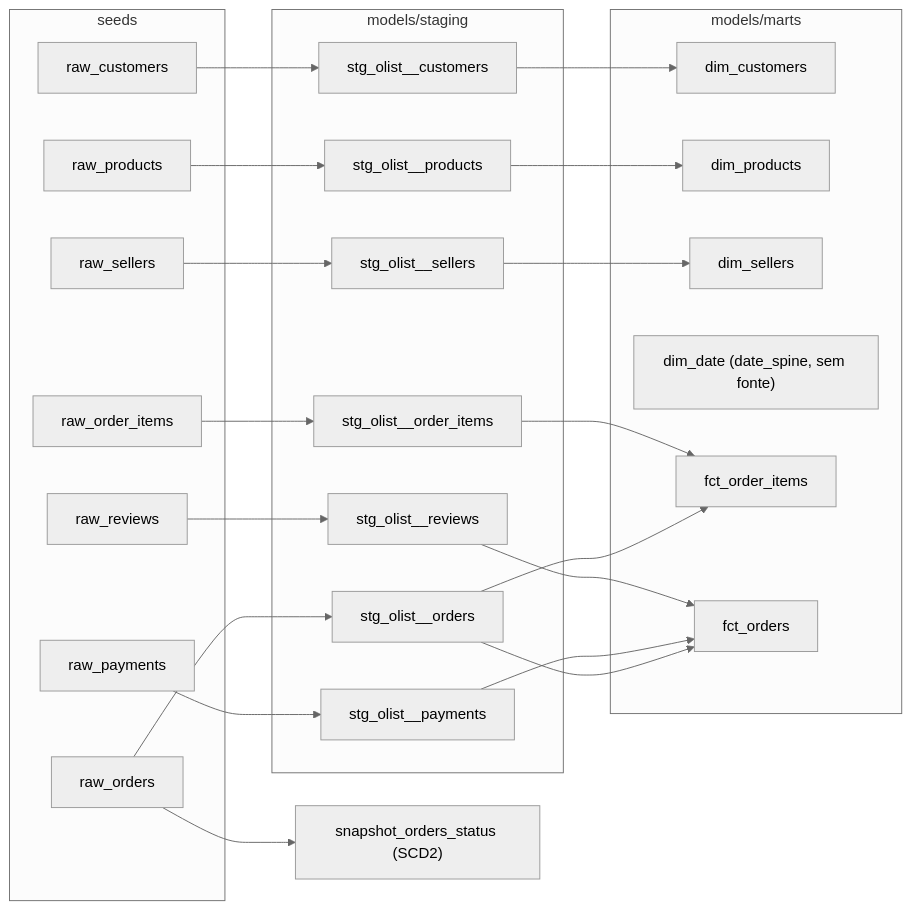
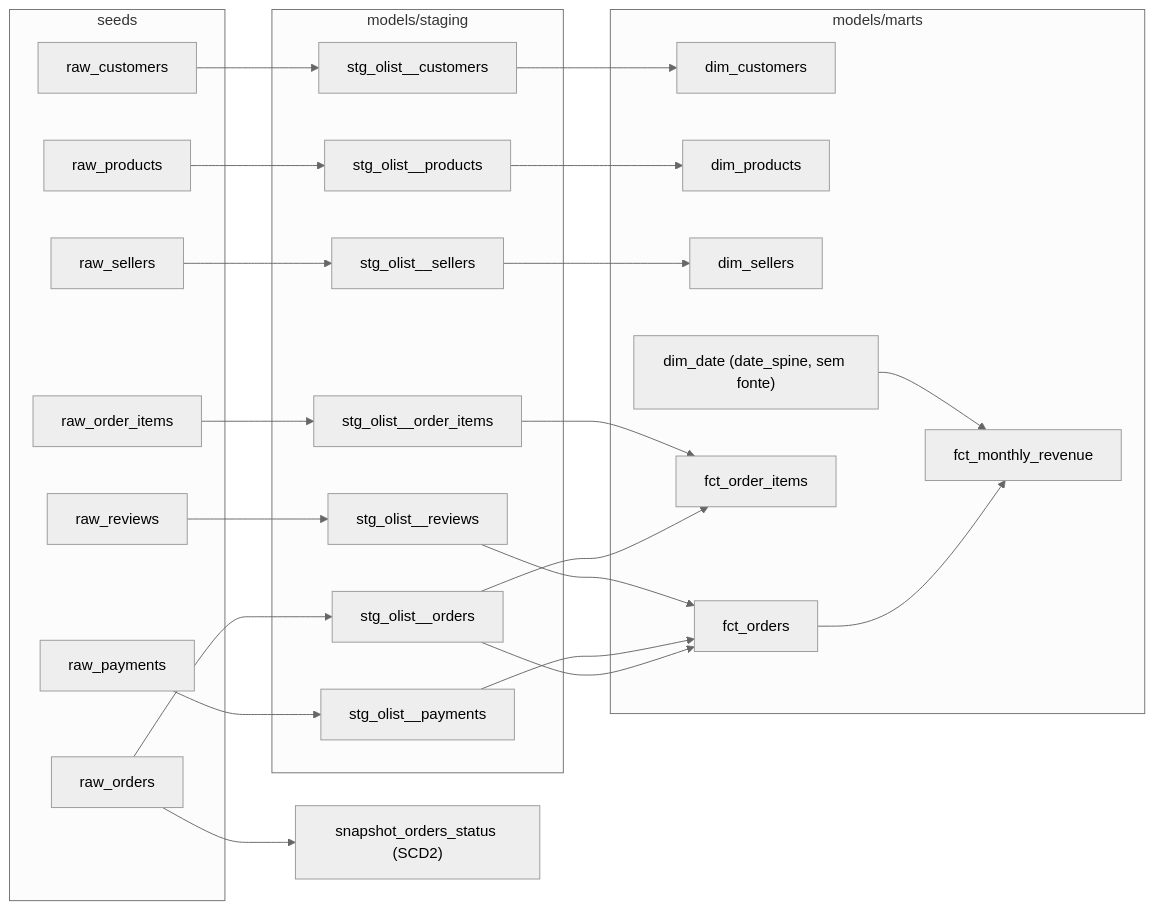
Before and after one commit to VinnySou/dbt-olist-analytics: the diagram in README.md, drawn with Mermaid (neutral theme). The commit also changed other lines of this file and 3 other files, not shown here.

First line of the commit message:
Adiciona fct_monthly_revenue agregando fct_orders por mes via dim_date

````diff
--- a/README.md
+++ b/README.md
@@ -48,50 +49,54 @@
 ```mermaid
 graph LR
     subgraph raw[seeds]
         raw_customers[raw_customers]
         raw_orders[raw_orders]
         raw_order_items[raw_order_items]
         raw_products[raw_products]
         raw_sellers[raw_sellers]
         raw_payments[raw_payments]
         raw_reviews[raw_reviews]
     end
 
     subgraph staging[models/staging]
         stg_customers[stg_olist__customers]
         stg_orders[stg_olist__orders]
         stg_order_items[stg_olist__order_items]
         stg_products[stg_olist__products]
         stg_sellers[stg_olist__sellers]
         stg_payments[stg_olist__payments]
         stg_reviews[stg_olist__reviews]
     end
 
     subgraph marts[models/marts]
         dim_customers[dim_customers]
         dim_products[dim_products]
         dim_sellers[dim_sellers]
         dim_date["dim_date (date_spine, sem fonte)"]
         fct_order_items[fct_order_items]
         fct_orders[fct_orders]
+        fct_monthly_revenue[fct_monthly_revenue]
     end
 
     snap_orders["snapshot_orders_status (SCD2)"]
 
     raw_customers --> stg_customers --> dim_customers
     raw_products --> stg_products --> dim_products
     raw_sellers --> stg_sellers --> dim_sellers
     raw_orders --> stg_orders
     raw_order_items --> stg_order_items
     raw_payments --> stg_payments
     raw_reviews --> stg_reviews
 
     stg_orders --> fct_order_items
     stg_order_items --> fct_order_items
 
     stg_orders --> fct_orders
     stg_payments --> fct_orders
     stg_reviews --> fct_orders
 
+    fct_orders --> fct_monthly_revenue
+    dim_date --> fct_monthly_revenue
+
     raw_orders --> snap_orders
 ```
````
